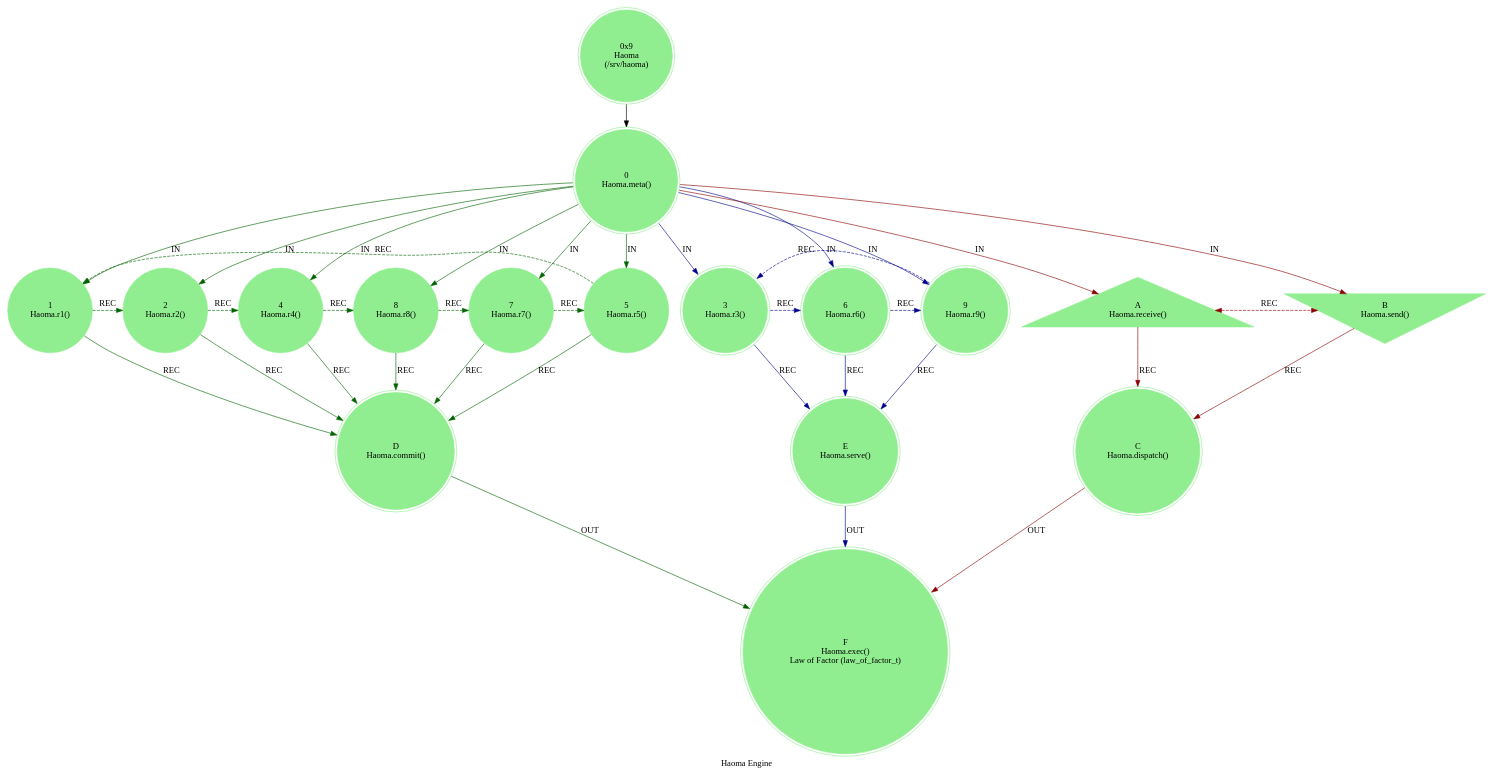
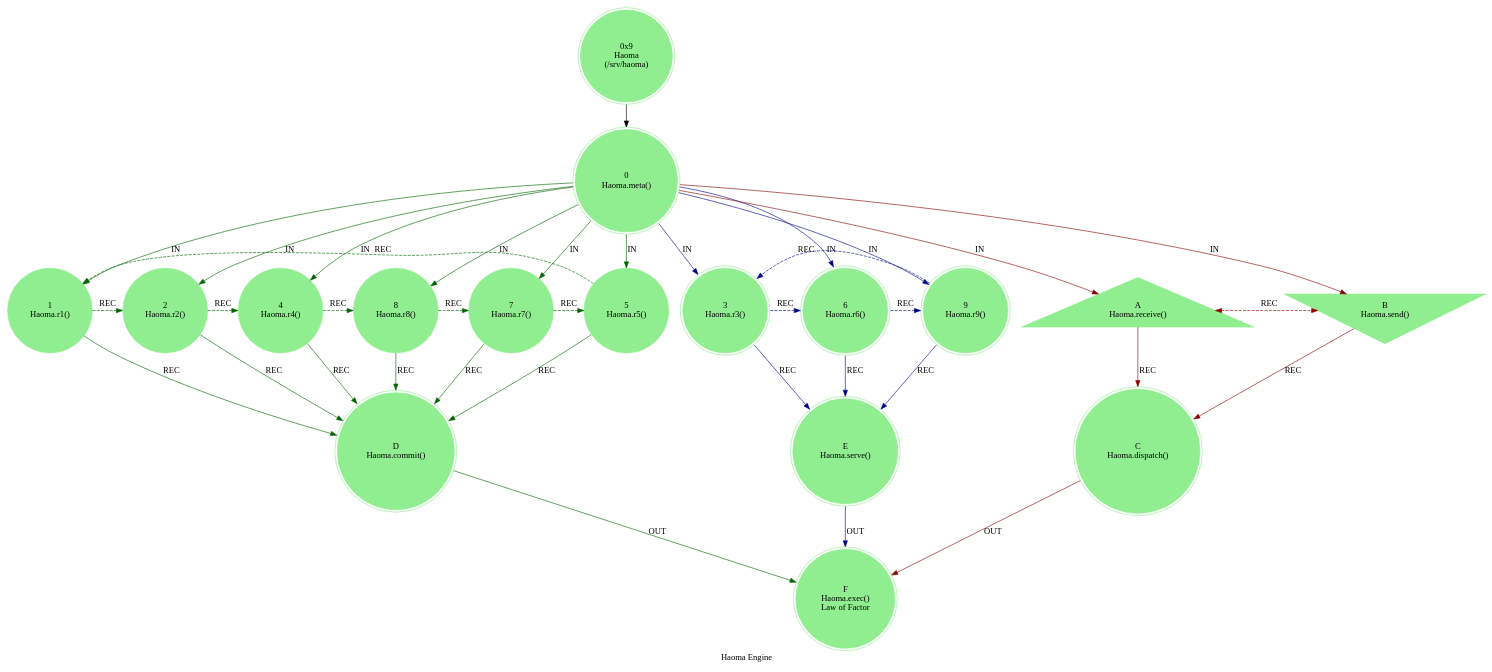
One commit to cilang/mythos changed the diagram in src/core/mythos_sys_haoma.dot. Above: the diagram before and after it, drawn with Graphviz. The commit also changed 23 other files, not shown here.

```diff
--- a/src/core/mythos_sys_haoma.dot
+++ b/src/core/mythos_sys_haoma.dot
@@ -1,51 +1,48 @@
 digraph HaomaEngine {
     label = "Haoma Engine";
     style = filled;
     color = red;
     comment = "";
     node [shape = polygon; sides = 6; style = filled; color = lightgreen;];
     
     spark_9_mythos_t [label = "0x9\nHaoma\n(/srv/haoma)";shape = doublecircle;];
     
-    // The Sacred 3-6-9 (Boundary of Perception).
-    // "If you knew the magnificence of 3, 6, and 9, you would have a key to the universe." — Tesla.
-    // The 1-2-4-8-7-5 Vortex (Boundary of Comprehension).
     // r0::meta();r1,r2,r4,r8,r7,r5;r3,r6,r;ra::receive(),rb::send(),rc::dispatch(),rd::commit(),re::serve(),rf::exec()
     spark_0_haoma_t [label = "0\nHaoma.meta()";shape = doublecircle;comment = "Engine Init";];
     spark_1_haoma_t [label = "1\nHaoma.r1()";shape = circle;comment = "";];
     spark_2_haoma_t [label = "2\nHaoma.r2()";shape = circle;comment = "";];
     spark_4_haoma_t [label = "4\nHaoma.r4()";shape = circle;comment = "";];
     spark_8_haoma_t [label = "8\nHaoma.r8()";shape = circle;comment = "";];
     spark_7_haoma_t [label = "7\nHaoma.r7()";shape = circle;comment = "";];
     spark_5_haoma_t [label = "5\nHaoma.r5()";shape = circle;comment = "";];
     spark_3_haoma_t [label = "3\nHaoma.r3()";shape = doublecircle;comment = "`/sys/lurd`";];
     spark_6_haoma_t [label = "6\nHaoma.r6()";shape = doublecircle;comment = "";];
     spark_9_haoma_t [label = "9\nHaoma.r9()";shape = doublecircle;comment = "";];
     spark_a_haoma_t [label = "A\nHaoma.receive()";shape = triangle;comment = "";];
     spark_b_haoma_t [label = "B\nHaoma.send()";shape = invtriangle;comment = "";];
     spark_c_haoma_t [label = "C\nHaoma.dispatch()";shape = doublecircle;comment = "";];
     spark_d_haoma_t [label = "D\nHaoma.commit()";shape = doublecircle;comment = "";];
     spark_e_haoma_t [label = "E\nHaoma.serve()";shape = doublecircle;comment = "`/sys/haoma`";];
-    spark_f_haoma_t [label = "F\nHaoma.exec()\nLaw of Factor (law_of_factor_t)";shape = doublecircle;comment = "";];
+    spark_f_haoma_t [label = "F\nHaoma.exec()\nLaw of Factor";shape = doublecircle;comment = "";];
     
     // IN = Input
     // OUT = Output
     // REC = Recursion
     spark_9_mythos_t -> spark_0_haoma_t;
     spark_0_haoma_t -> spark_a_haoma_t [label = "IN"; color = darkred; comment = "";];
     spark_0_haoma_t -> spark_b_haoma_t [label = "IN"; color = darkred; comment = "";];
     spark_0_haoma_t -> {spark_3_haoma_t spark_6_haoma_t spark_9_haoma_t} [label = "IN"; color = darkblue; comment = "";];
     spark_0_haoma_t -> {spark_1_haoma_t spark_2_haoma_t spark_4_haoma_t spark_5_haoma_t spark_7_haoma_t spark_8_haoma_t} [label = "IN"; color = darkgreen; comment = "";];
     
     {spark_a_haoma_t spark_b_haoma_t} -> spark_c_haoma_t [label = "REC"; color = darkred; comment = "";];
     {spark_3_haoma_t spark_6_haoma_t spark_9_haoma_t} -> spark_e_haoma_t [label = "REC"; color = darkblue; comment = "";];
     {spark_1_haoma_t spark_2_haoma_t spark_4_haoma_t spark_8_haoma_t spark_7_haoma_t spark_5_haoma_t} -> spark_d_haoma_t [label = "REC"; color = darkgreen; comment = "";];
     
     spark_a_haoma_t -> spark_b_haoma_t [label = "REC"; color = darkred; comment = ""; style = dashed; constraint = false; dir = both;];
     spark_3_haoma_t -> spark_6_haoma_t -> spark_9_haoma_t -> spark_3_haoma_t [label = "REC"; color = darkblue; comment = ""; style = dashed; constraint = false;];
     spark_1_haoma_t -> spark_2_haoma_t -> spark_4_haoma_t -> spark_8_haoma_t -> spark_7_haoma_t -> spark_5_haoma_t -> spark_1_haoma_t [label = "REC"; color = darkgreen; comment = ""; style = dashed; constraint = false;];
     
     spark_c_haoma_t -> spark_f_haoma_t [label = "OUT"; color = darkred; comment = "";];
     spark_d_haoma_t -> spark_f_haoma_t [label = "OUT"; color = darkgreen; comment = "";];
     spark_e_haoma_t -> spark_f_haoma_t [label = "OUT"; color = darkblue; comment = "";];
 }
```
